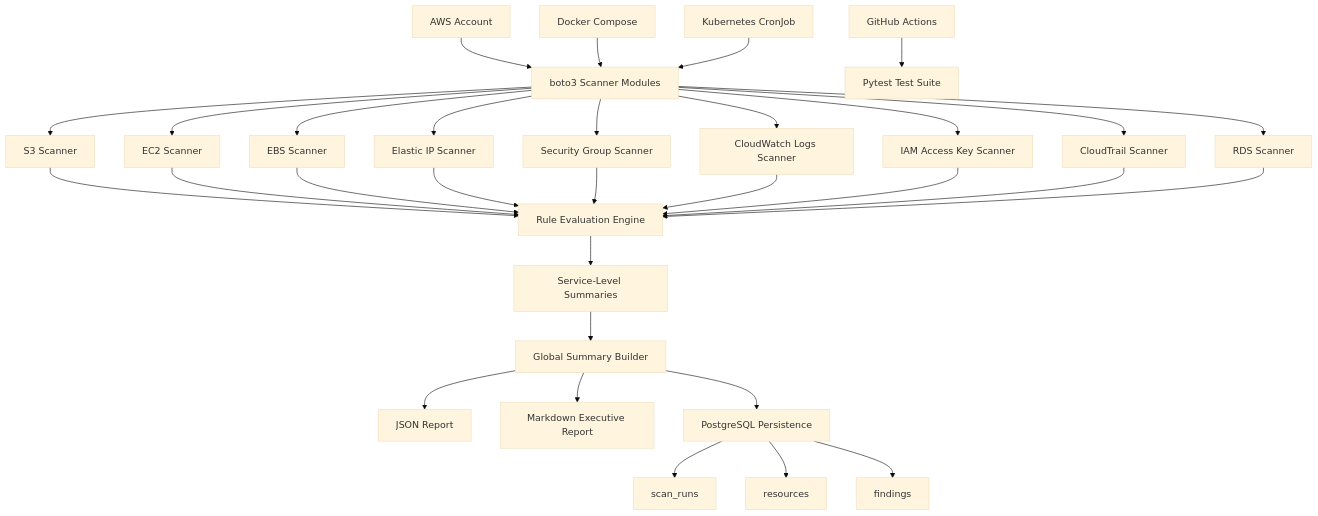
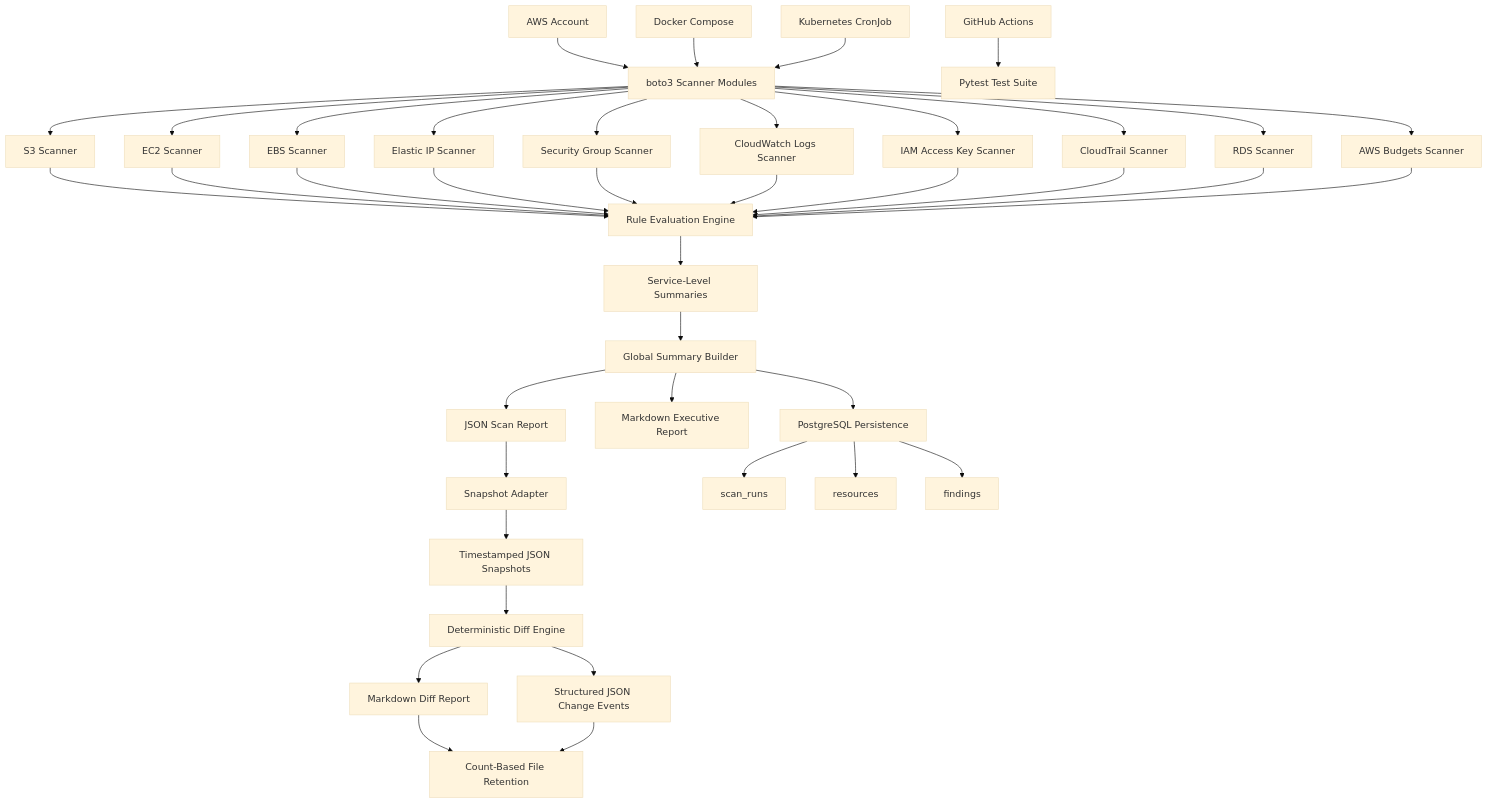
The first of 3 diagrams in docs/architecture.md (SSESSEX/aws-free-tier-guardian), drawn with Mermaid (base theme) before and after one commit. The commit also changed other lines of this file and 17 other files, not shown here.

Commit message:
feat: add structured snapshot diff JSON

````diff
--- a/docs/architecture.md
+++ b/docs/architecture.md
@@ -7,39 +7,49 @@
 ```mermaid
 flowchart TD
     A[AWS Account] --> B[boto3 Scanner Modules]
 
     B --> C[S3 Scanner]
     B --> D[EC2 Scanner]
     B --> E[EBS Scanner]
     B --> F[Elastic IP Scanner]
     B --> G[Security Group Scanner]
     B --> H[CloudWatch Logs Scanner]
     B --> I[IAM Access Key Scanner]
     B --> J[CloudTrail Scanner]
     B --> K[RDS Scanner]
+    B --> BA[AWS Budgets Scanner]
 
     C --> L[Rule Evaluation Engine]
     D --> L
     E --> L
     F --> L
     G --> L
     H --> L
     I --> L
     J --> L
     K --> L
+    BA --> L
 
     L --> M[Service-Level Summaries]
     M --> N[Global Summary Builder]
 
-    N --> O[JSON Report]
+    N --> O[JSON Scan Report]
     N --> P[Markdown Executive Report]
     N --> Q[PostgreSQL Persistence]
+
+    O --> Y[Snapshot Adapter]
+    Y --> Z[Timestamped JSON Snapshots]
+    Z --> AA[Deterministic Diff Engine]
+    AA --> AB[Markdown Diff Report]
+    AA --> AC[Structured JSON Change Events]
+    AB --> AD[Count-Based File Retention]
+    AC --> AD
 
     Q --> R[scan_runs]
     Q --> S[resources]
     Q --> T[findings]
 
     U[Docker Compose] --> B
     V[Kubernetes CronJob] --> B
     W[GitHub Actions] --> X[Pytest Test Suite]
 ```
````
